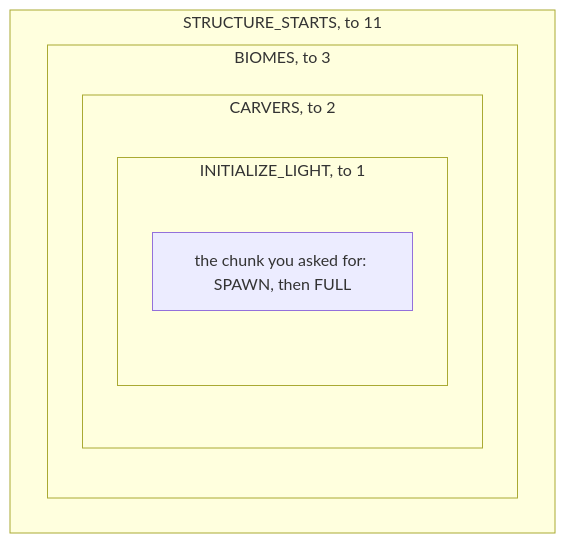
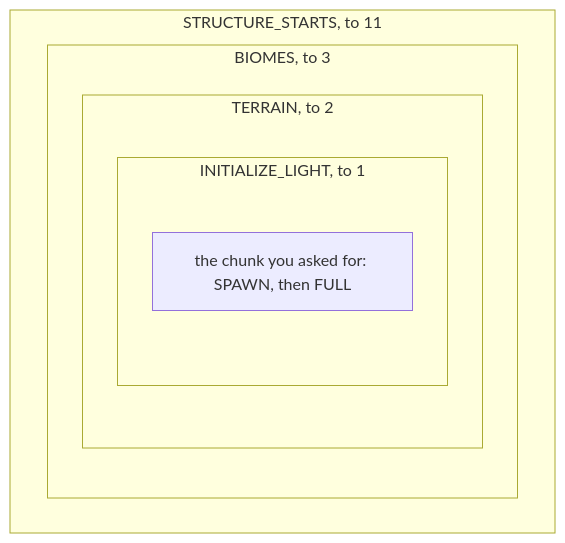
Before and after one commit to AlexanderjFraser/MinecraftDocs: the first of 2 diagrams in src/systems/world/chunk-generation-pipeline.md, drawn with Mermaid. The commit also changed other lines of this file and 68 other files, not shown here.

````diff
--- a/src/systems/world/chunk-generation-pipeline.md
+++ b/src/systems/world/chunk-generation-pipeline.md
@@ -67,12 +65,12 @@
 ```mermaid
 flowchart TD
     subgraph OUT["STRUCTURE_STARTS, to 11"]
         subgraph R3["BIOMES, to 3"]
-            subgraph R2["CARVERS, to 2"]
+            subgraph R2["TERRAIN, to 2"]
                 subgraph R1["INITIALIZE_LIGHT, to 1"]
                     C["the chunk you asked for: SPAWN, then FULL"]
                 end
             end
         end
     end
 ```
````
